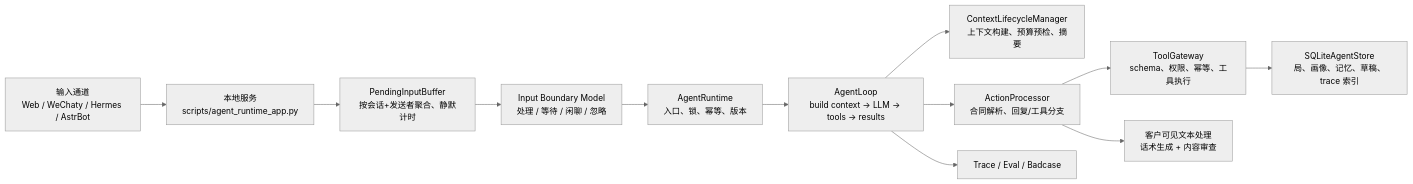
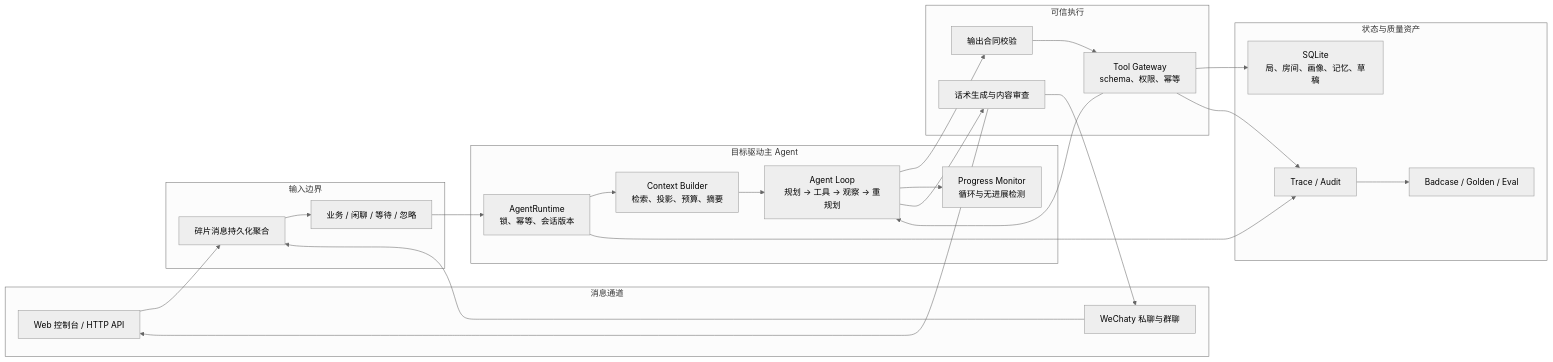
One commit to Schatt3n/mahjong-ops-agent changed the diagram in README.md. Above: the diagram before and after it, drawn with Mermaid (neutral theme). The commit also changed other lines of this file, not shown here.

````diff
--- a/README.md
+++ b/README.md
@@ -100,14 +52,49 @@
 ```mermaid
 flowchart LR
-  channel["输入通道<br/>Web / WeChaty / Hermes / AstrBot"] --> app["本地服务<br/>scripts/agent_runtime_app.py"]
-  app --> buffer["PendingInputBuffer<br/>按会话+发送者聚合、静默计时"]
-  buffer --> boundary["Input Boundary Model<br/>处理 / 等待 / 闲聊 / 忽略"]
-  boundary --> runtime["AgentRuntime<br/>入口、锁、幂等、版本"]
-  runtime --> loop["AgentLoop<br/>build context -> LLM -> tools -> results"]
-  loop --> ctx["ContextLifecycleManager<br/>上下文构建、预算预检、摘要"]
-  loop --> proc["ActionProcessor<br/>合同解析、回复/工具分支"]
-  proc --> gateway["ToolGateway<br/>schema、权限、幂等、工具执行"]
-  gateway --> store["SQLiteAgentStore<br/>局、画像、记忆、草稿、trace 索引"]
-  proc --> visible["客户可见文本处理<br/>话术生成 + 内容审查"]
-  loop --> trace["Trace / Eval / Badcase"]
+  subgraph Channels["消息通道"]
+    Web["Web 控制台 / HTTP API"]
+    WeChaty["WeChaty 私聊与群聊"]
+  end
+
+  subgraph Boundary["输入边界"]
+    Buffer["碎片消息持久化聚合"]
+    Gate["业务 / 闲聊 / 等待 / 忽略"]
+  end
+
+  subgraph Agent["目标驱动主 Agent"]
+    Runtime["AgentRuntime<br/>锁、幂等、会话版本"]
+    Context["Context Builder<br/>检索、投影、预算、摘要"]
+    Loop["Agent Loop<br/>规划 -> 工具 -> 观察 -> 重规划"]
+    Progress["Progress Monitor<br/>循环与无进展检测"]
+  end
+
+  subgraph Execution["可信执行"]
+    Contract["输出合同校验"]
+    Gateway["Tool Gateway<br/>schema、权限、幂等"]
+    Visible["话术生成与内容审查"]
+  end
+
+  subgraph State["状态与质量资产"]
+    SQLite["SQLite<br/>局、房间、画像、记忆、草稿"]
+    Trace["Trace / Audit"]
+    Eval["Badcase / Golden / Eval"]
+  end
+
+  Web --> Buffer
+  WeChaty --> Buffer
+  Buffer --> Gate
+  Gate --> Runtime
+  Runtime --> Context
+  Context --> Loop
+  Loop --> Contract
+  Contract --> Gateway
+  Gateway --> SQLite
+  Gateway --> Loop
+  Loop --> Progress
+  Loop --> Visible
+  Visible --> Web
+  Visible --> WeChaty
+  Runtime --> Trace
+  Gateway --> Trace
+  Trace --> Eval
 ```
````
